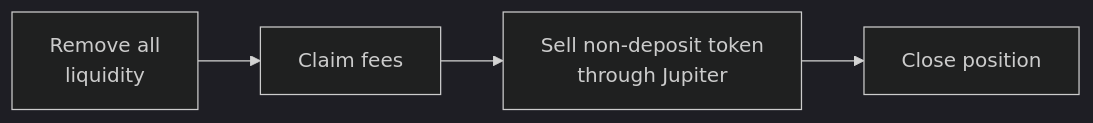
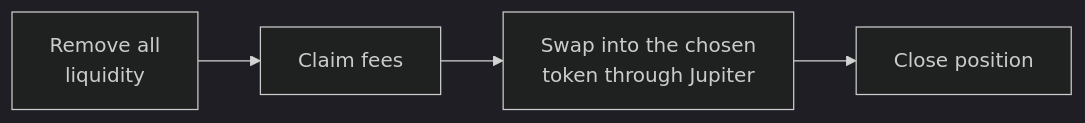
One commit to HedginVault/docs changed the seventh of 8 diagrams in managers/meteora-dlmm.mdx. Above: the diagram before and after it, drawn with Mermaid (dark theme). The commit also changed other lines of this file and 1 other file, not shown here.

Commit message:
docs(dlmm): document zap out into either pool token

````diff
--- a/managers/meteora-dlmm.mdx
+++ b/managers/meteora-dlmm.mdx
@@ -138,6 +138,6 @@
 ```mermaid
 flowchart LR
     A["Remove all<br/>liquidity"] --> B["Claim fees"]
-    B --> C["Sell non-deposit token<br/>through Jupiter"]
+    B --> C["Swap into the chosen<br/>token through Jupiter"]
     C --> D["Close position"]
 ```
````
